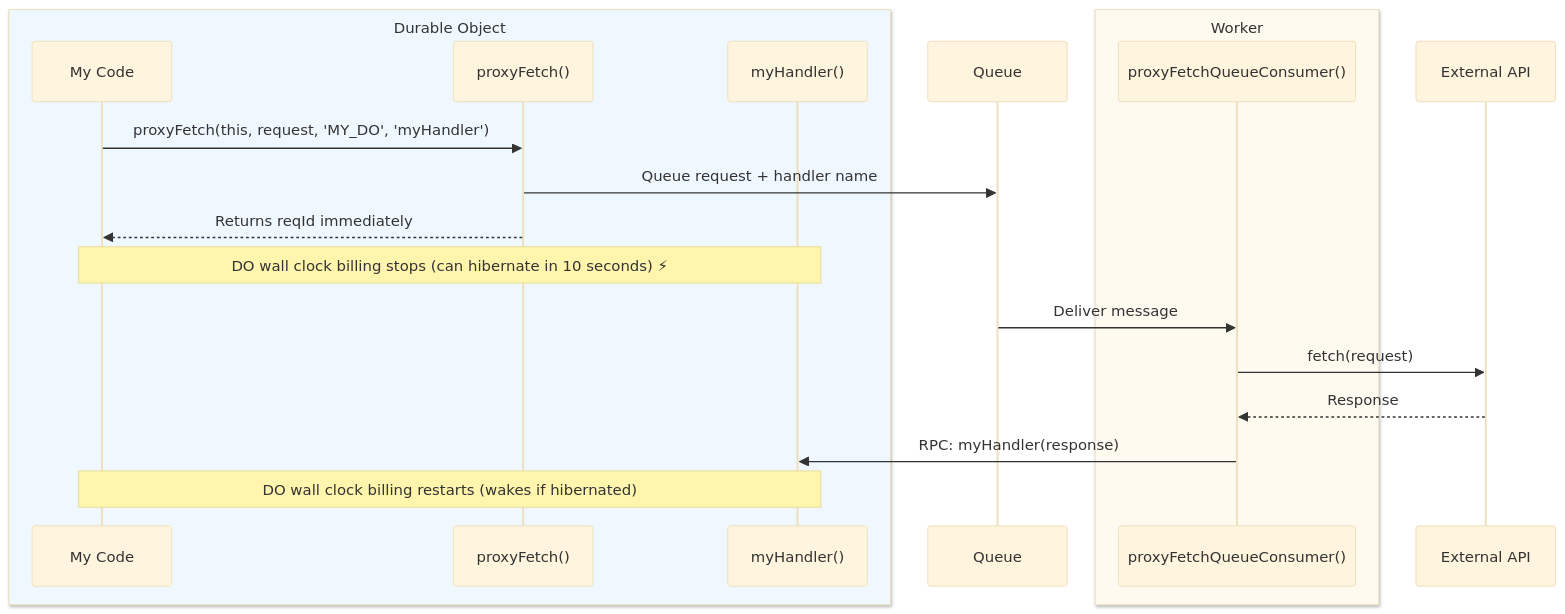
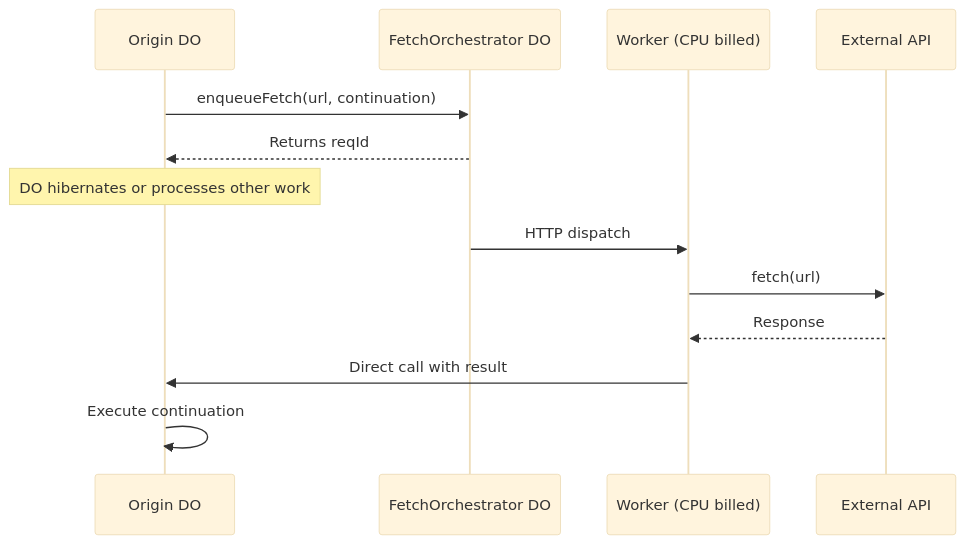
One commit to lumenize/lumenize changed the diagram in website/docs/proxy-fetch/index.mdx. Above: the diagram before and after it, drawn with Mermaid (base theme). The commit also changed other lines of this file and 6 other files, not shown here.

First line of the commit message:
refactor: Remove proxyFetchQueue and proxyFetchDO variants

````diff
--- a/website/docs/proxy-fetch/index.mdx
+++ b/website/docs/proxy-fetch/index.mdx
@@ -45,24 +44,17 @@
 ```mermaid @skip-check
 sequenceDiagram
-    box rgb(240, 248, 255) Durable Object
-        participant User as My Code
-        participant ProxyFetch as proxyFetch()
-        participant Handler as myHandler()
-    end
-    participant Queue as Queue
-    box rgb(255, 250, 240) Worker
-        participant QueueConsumer as proxyFetchQueueConsumer()
-    end
+    participant Origin as Origin DO
+    participant Orch as FetchOrchestrator DO
+    participant Worker as Worker (CPU billed)
     participant API as External API
 
-    User->>ProxyFetch: proxyFetch(this, request, 'MY_DO', 'myHandler')
-    ProxyFetch->>Queue: Queue request + handler name
-    ProxyFetch-->>User: Returns reqId immediately
-    Note over User,Handler: DO wall clock billing stops (can hibernate in 10 seconds) ⚡
+    Origin->>Orch: enqueueFetch(url, continuation)
+    Orch-->>Origin: Returns reqId
+    Note over Origin: DO hibernates or processes other work
 
-    Queue->>QueueConsumer: Deliver message
-    QueueConsumer->>API: fetch(request)
-    API-->>QueueConsumer: Response
-    QueueConsumer->>Handler: RPC: myHandler(response)
-    Note over User,Handler: DO wall clock billing restarts (wakes if hibernated)
+    Orch->>Worker: HTTP dispatch
+    Worker->>API: fetch(url)
+    API-->>Worker: Response
+    Worker->>Origin: Direct call with result
+    Origin->>Origin: Execute continuation
 ```
````
